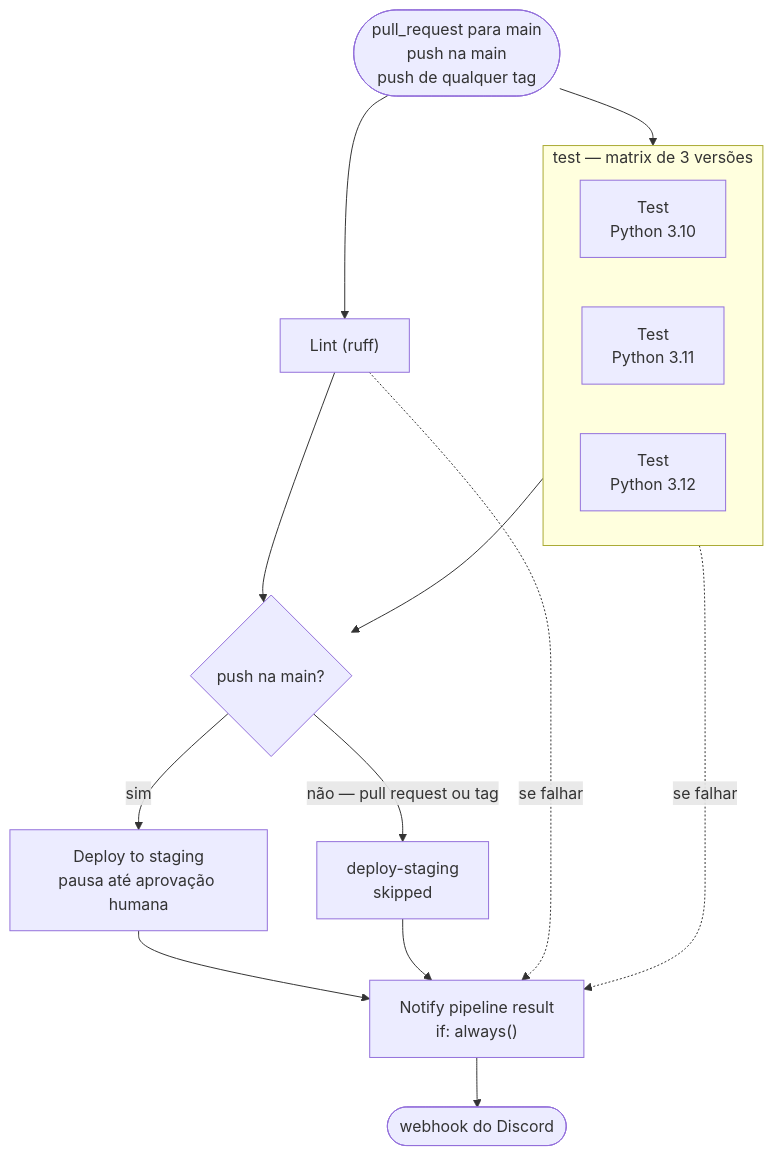
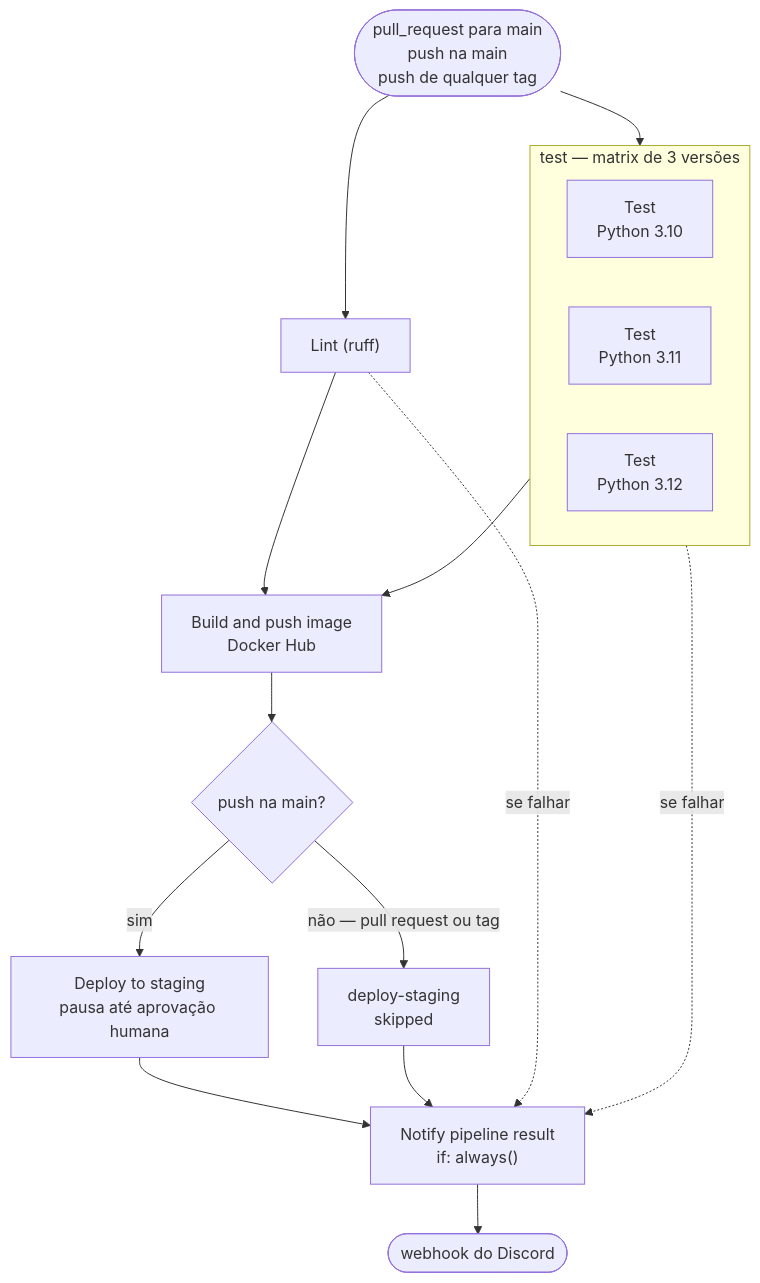
One commit to weynne/cicd-grupo-WJD changed the first of 2 diagrams in README.md. Above: the diagram before and after it, drawn with Mermaid. The commit also changed other lines of this file, not shown here.

First line of the commit message:
docs: document the image build and publish job

````diff
--- a/README.md
+++ b/README.md
@@ -82,29 +84,30 @@
 ```mermaid
 flowchart TD
     T(["pull_request para main<br>push na main<br>push de qualquer tag"])
 
     T --> L["Lint (ruff)"]
     T --> M
 
     subgraph M["test — matrix de 3 versões"]
         direction LR
         M1["Test<br>Python 3.10"]
         M2["Test<br>Python 3.11"]
         M3["Test<br>Python 3.12"]
     end
 
-    L --> D
-    M --> D
+    L --> P["Build and push image<br>Docker Hub"]
+    M --> P
+    P --> D
 
     D{"push na main?"}
     D -->|sim| S["Deploy to staging<br>pausa até aprovação humana"]
     D -->|"não — pull request ou tag"| K["deploy-staging<br>skipped"]
 
     N["Notify pipeline result<br>if: always()"]
     S --> N
     K --> N
     L -.->|"se falhar"| N
     M -.->|"se falhar"| N
 
     N --> W(["webhook do Discord"])
 ```
````
